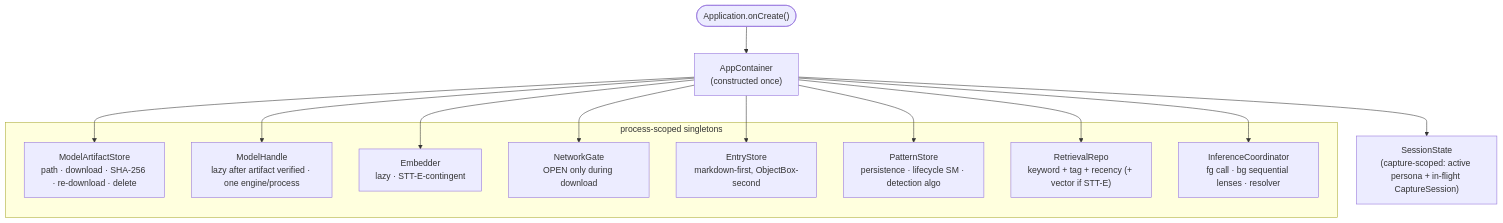
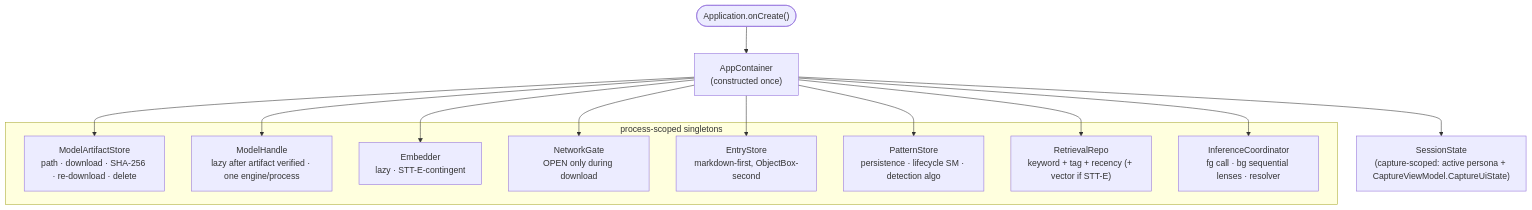
Before and after one commit to anchildress1/vestige: the second of 4 diagrams in docs/diagrams/architecture.md, drawn with Mermaid. The commit also changed 70 other files, not shown here.

````diff
--- a/docs/diagrams/architecture.md
+++ b/docs/diagrams/architecture.md
@@ -37,28 +37,28 @@
 ```mermaid
 flowchart TB
     accTitle: AppContainer composition root
     accDescr: Application onCreate constructs AppContainer once, which holds process-scoped singletons ModelArtifactStore, ModelHandle, Embedder, NetworkGate, EntryStore, PatternStore, RetrievalRepo, InferenceCoordinator, and a capture-scoped SessionState.
 
     OnCreate(["Application.onCreate()"]) --> AC["AppContainer<br/>(constructed once)"]
 
     subgraph proc["process-scoped singletons"]
       MAS["ModelArtifactStore<br/>path · download · SHA-256 · re-download · delete"]
       MH["ModelHandle<br/>lazy after artifact verified · one engine/process"]
       EMB["Embedder<br/>lazy · STT-E-contingent"]
       NG["NetworkGate<br/>OPEN only during download"]
       ES["EntryStore<br/>markdown-first, ObjectBox-second"]
       PS["PatternStore<br/>persistence · lifecycle SM · detection algo"]
       RR["RetrievalRepo<br/>keyword + tag + recency (+ vector if STT-E)"]
       IC["InferenceCoordinator<br/>fg call · bg sequential lenses · resolver"]
     end
 
     AC --> MAS
     AC --> MH
     AC --> EMB
     AC --> NG
     AC --> ES
     AC --> PS
     AC --> RR
     AC --> IC
-    AC --> SS["SessionState<br/>(capture-scoped: active persona + in-flight CaptureSession)"]
+    AC --> SS["SessionState<br/>(capture-scoped: active persona + CaptureViewModel.CaptureUiState)"]
 ```
````
